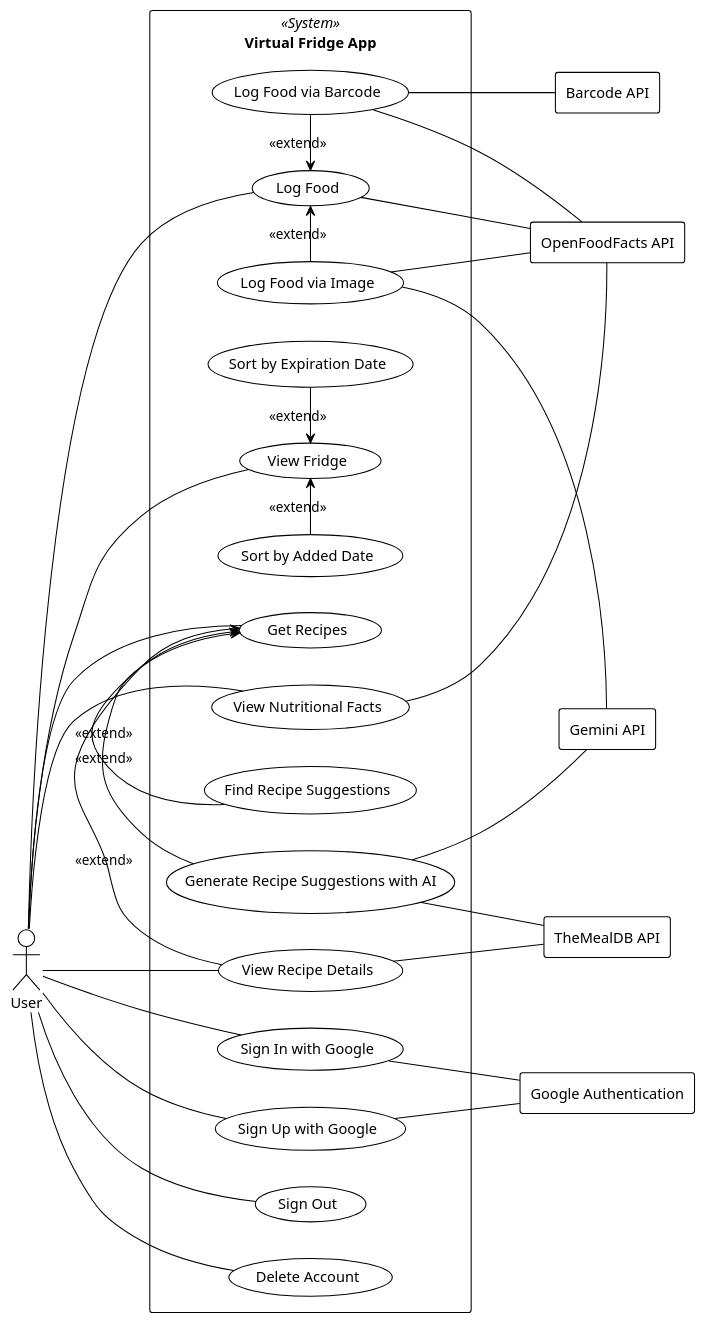
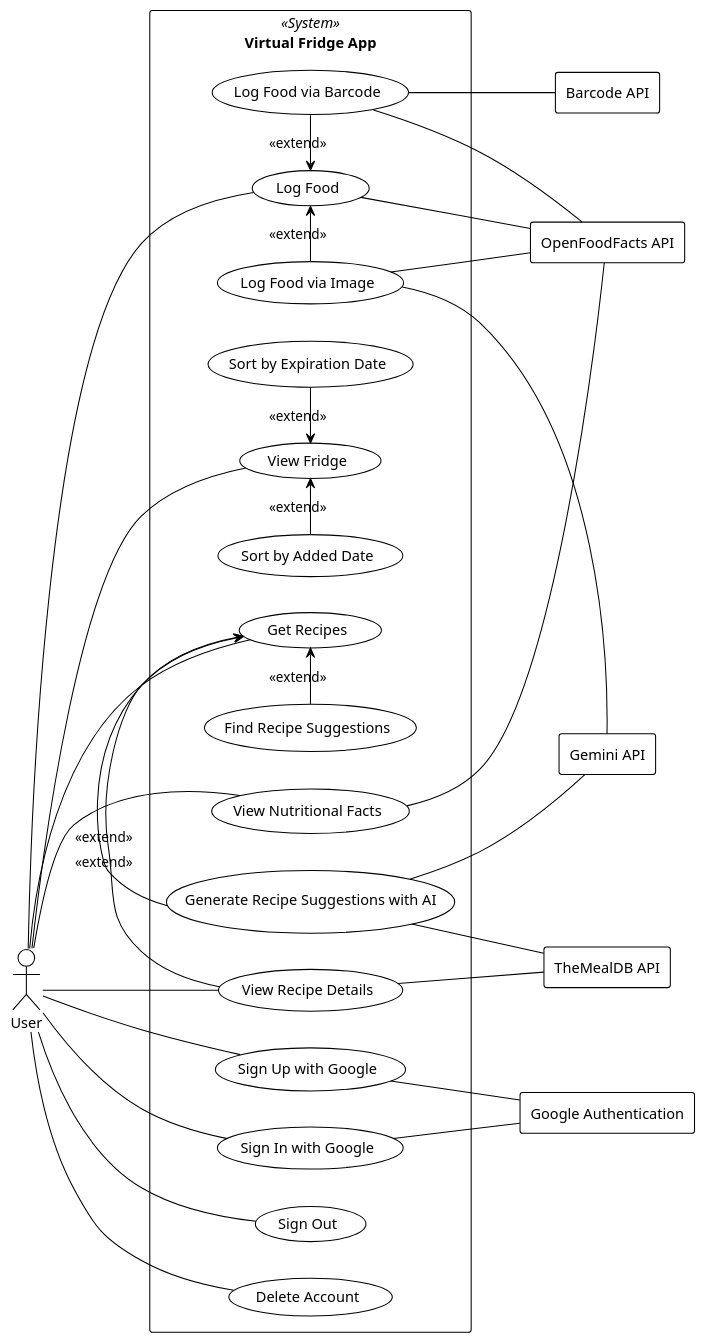
Before and after one commit to virtualfridge/virtualfridge: the diagram in documentation/diagrams/usecase.plantuml, drawn with PlantUML. The commit also changed other lines of this file, not shown here.

Commit message:
Improve usecase diagram formatting

```diff
--- a/documentation/diagrams/usecase.plantuml
+++ b/documentation/diagrams/usecase.plantuml
@@ -1,75 +1,80 @@
 @startuml
 !theme plain
 left to right direction
 
 actor User
 
 rectangle "Virtual Fridge App" << System >> {
+
   ' ==== Authentication ====
   usecase signUp as "Sign Up with Google"
   usecase signIn as "Sign In with Google"
   usecase signOut as "Sign Out"
   usecase deleteAccount as "Delete Account"
 
   ' ==== Logging Food ====
   usecase logFood as "Log Food"
   usecase logImage as "Log Food via Image"
   usecase logBarcode as "Log Food via Barcode"
-'   usecase logList as "Log Food via Pre-Made List"
+'  usecase logList as "Log Food via Pre-Made List"
+
+  ' Extensions (placed right after their base)
+  logImage -left-> logFood : <<extend>>
+  logBarcode -left-> logFood : <<extend>>
 
   ' ==== Viewing Food ====
   usecase viewInventory as "View Fridge"
   usecase sortExp as "Sort by Expiration Date"
   usecase sortAdded as "Sort by Added Date"
 
+  ' Extensions (placed right after base)
+  sortExp -left-> viewInventory : <<extend>>
+  sortAdded -right-> viewInventory : <<extend>>
+
   ' ==== Recipes & Nutrition ====
+  usecase getRecipes as "Get Recipes"
   usecase genRecipes as "Generate Recipe Suggestions with AI"
   usecase findRecipes as "Find Recipe Suggestions"
-  usecase getRecipes as "Get Recipes"
   usecase viewRecipe as "View Recipe Details"
   usecase viewNutrition as "View Nutritional Facts"
 
-  ' ==== Relationships (moved to right side) ====
-  logBarcode -left-> logFood : <<extend>>
-  logImage -left-> logFood : <<extend>>
-
-  sortExp -left-> viewInventory : <<extend>>
-  sortAdded -right-> viewInventory : <<extend>>
-  viewRecipe -right-> getRecipes : <<extend>>
+  ' Extensions (placed immediately below related base)
   genRecipes -left-> getRecipes : <<extend>>
   findRecipes -right-> getRecipes : <<extend>>
+  viewRecipe -right-> getRecipes : <<extend>>
 }
 
 ' ==== External APIs (RHS) ====
 rectangle googleAuth as "Google Authentication"
 rectangle barcodeApi as "Barcode API"
 rectangle recipeApi as "TheMealDB API"
 rectangle nutritionApi as "OpenFoodFacts API"
 rectangle GeminiApi as "Gemini API"
-
 
 ' ==== User connections ====
 User -- signUp
 User -- signIn
 User -- signOut
 User -- deleteAccount
 User -- logFood
 User -- viewInventory
 User -- getRecipes
 User -- viewRecipe
 User -- viewNutrition
 
 ' ==== API connections ====
 signUp -- googleAuth
 signIn -- googleAuth
+
 logBarcode -- barcodeApi
 logBarcode -- nutritionApi
 logFood -- nutritionApi
 logImage -- nutritionApi
+logImage -- GeminiApi
+
 genRecipes -- recipeApi
 genRecipes -- GeminiApi
 viewRecipe -- recipeApi
 viewNutrition -- nutritionApi
-logImage -- GeminiApi
 
 @enduml
```
